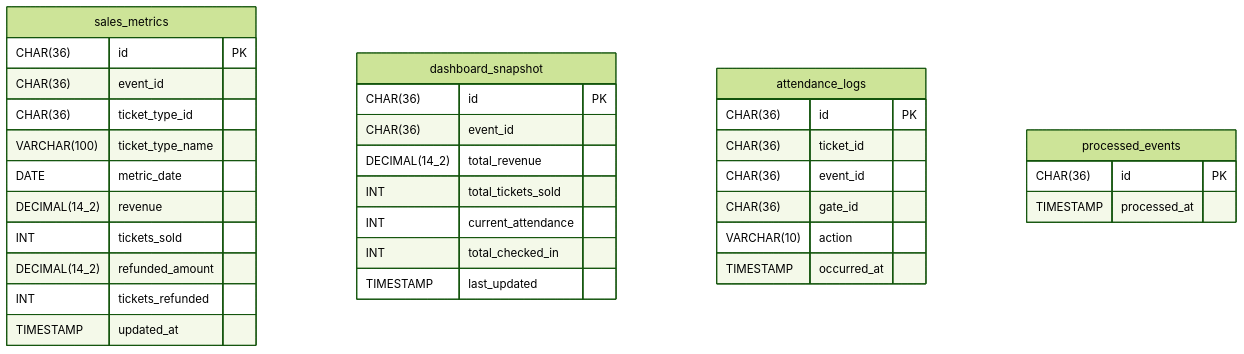
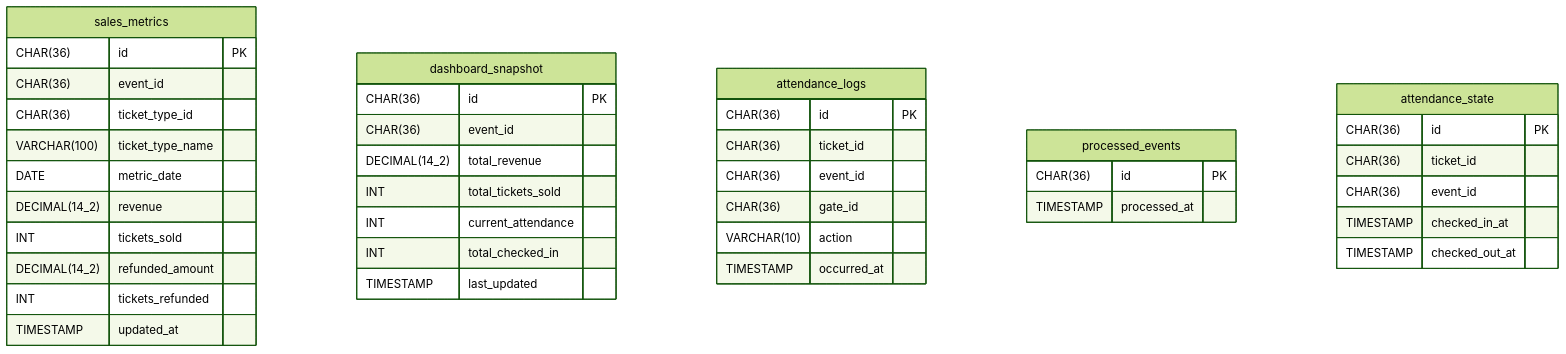
Before and after one commit to duymk123/EventHub: the diagram in docs/database/analytics-service/erd.md, drawn with Mermaid (forest theme). The commit also changed 146 other files, not shown here.

````diff
--- a/docs/database/analytics-service/erd.md
+++ b/docs/database/analytics-service/erd.md
@@ -9,36 +9,43 @@
 ```mermaid
 erDiagram
   sales_metrics {
     CHAR(36) id PK
     CHAR(36) event_id
     CHAR(36) ticket_type_id
     VARCHAR(100) ticket_type_name
     DATE metric_date
     DECIMAL(14_2) revenue
     INT tickets_sold
     DECIMAL(14_2) refunded_amount
     INT tickets_refunded
     TIMESTAMP updated_at
   }
   dashboard_snapshot {
     CHAR(36) id PK
     CHAR(36) event_id
     DECIMAL(14_2) total_revenue
     INT total_tickets_sold
     INT current_attendance
     INT total_checked_in
     TIMESTAMP last_updated
   }
   attendance_logs {
     CHAR(36) id PK
     CHAR(36) ticket_id
     CHAR(36) event_id
     CHAR(36) gate_id
     VARCHAR(10) action
     TIMESTAMP occurred_at
   }
   processed_events {
     CHAR(36) id PK
     TIMESTAMP processed_at
   }
+  attendance_state {
+    CHAR(36) id PK
+    CHAR(36) ticket_id
+    CHAR(36) event_id
+    TIMESTAMP checked_in_at
+    TIMESTAMP checked_out_at
+  }
 ```
````
